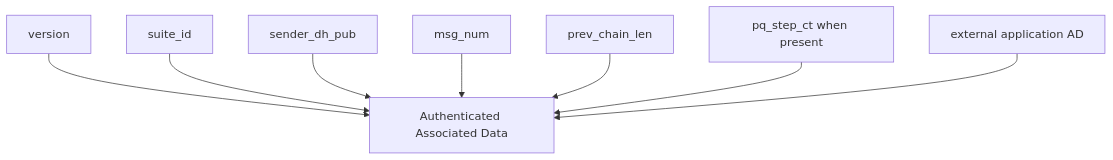
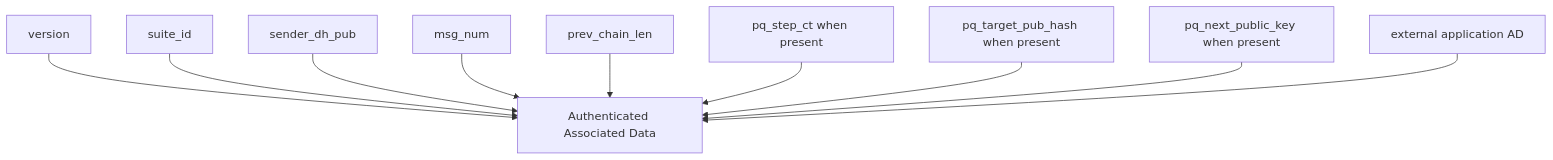
One commit to ErenAri/post-quantum-messaging-app changed the diagram in docs/WIRE_FORMAT.md. Above: the diagram before and after it, drawn with Mermaid. The commit also changed other lines of this file and 7 other files, not shown here.

````diff
--- a/docs/WIRE_FORMAT.md
+++ b/docs/WIRE_FORMAT.md
@@ -74,10 +122,12 @@
 ```mermaid
 flowchart TD
     A[version] --> AD[Authenticated Associated Data]
     B[suite_id] --> AD
     C[sender_dh_pub] --> AD
     D[msg_num] --> AD
     E[prev_chain_len] --> AD
     F[pq_step_ct when present] --> AD
-    G[external application AD] --> AD
+    G[pq_target_pub_hash when present] --> AD
+    H[pq_next_public_key when present] --> AD
+    I[external application AD] --> AD
 ```
````
